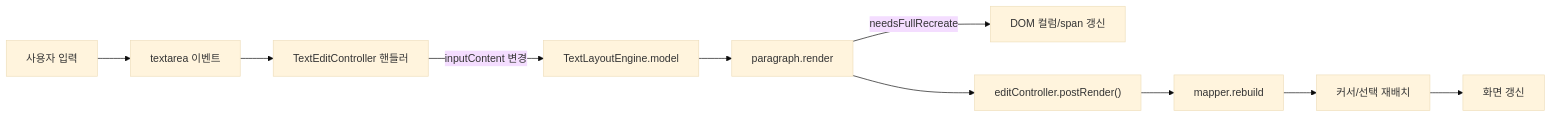
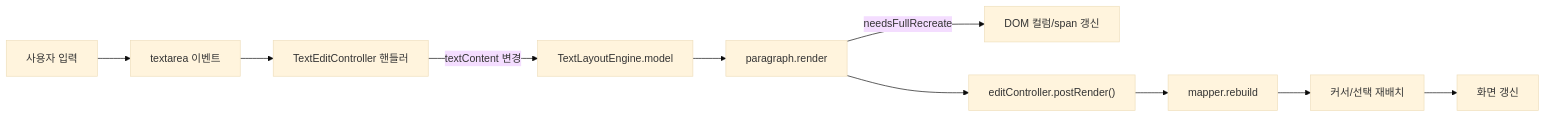
Before and after one commit to kyiimn/layout-element: the second of 14 diagrams in docs/EDITING_TEXT.md, drawn with Mermaid (base theme). The commit also changed other lines of this file and 7 other files, not shown here.

Commit message:
refactor: rename inputContent → textContent, _content → _sourceContent for clarity

````diff
--- a/docs/EDITING_TEXT.md
+++ b/docs/EDITING_TEXT.md
@@ -66,12 +66,12 @@
 ```mermaid
 flowchart LR
     A[사용자 입력] --> B["textarea 이벤트"]
     B --> C[TextEditController 핸들러]
-    C -->|inputContent 변경| D["TextLayoutEngine.model"]
+    C -->|textContent 변경| D["TextLayoutEngine.model"]
     D --> E[paragraph.render]
     E -->|needsFullRecreate| F[DOM 컬럼/span 갱신]
     E --> G["editController.postRender()"]
     G --> H[mapper.rebuild]
     H --> I["커서/선택 재배치"]
     I --> J[화면 갱신]
 ```
````
